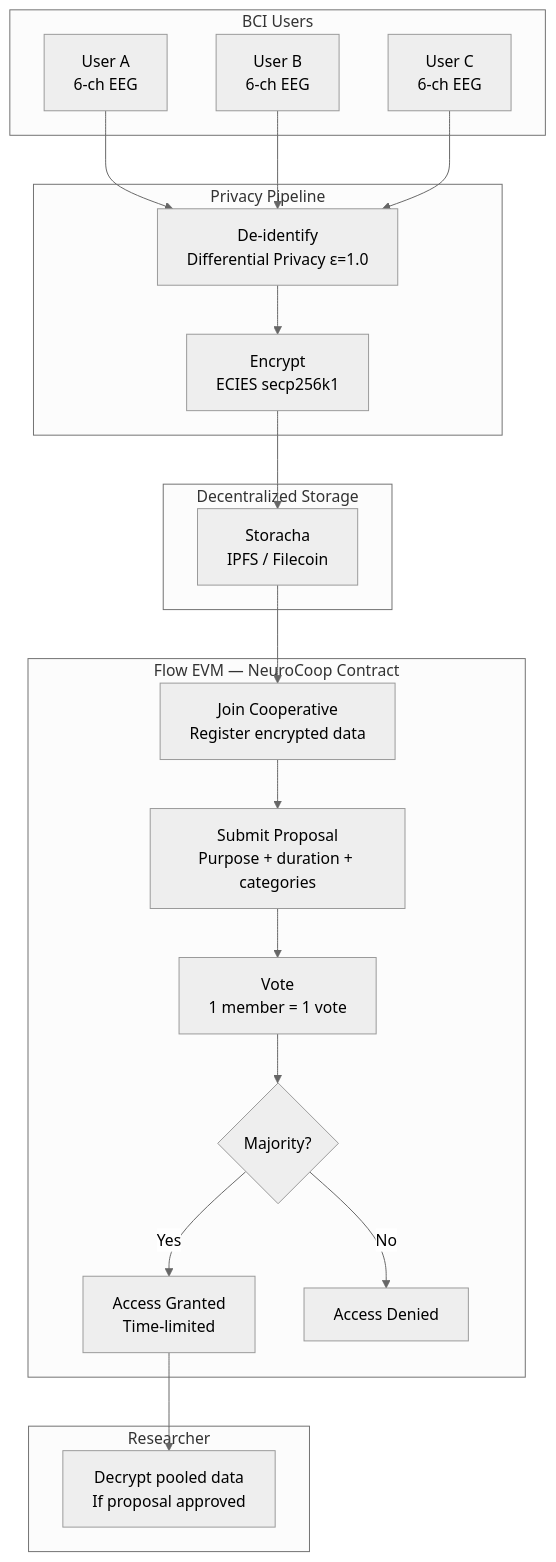
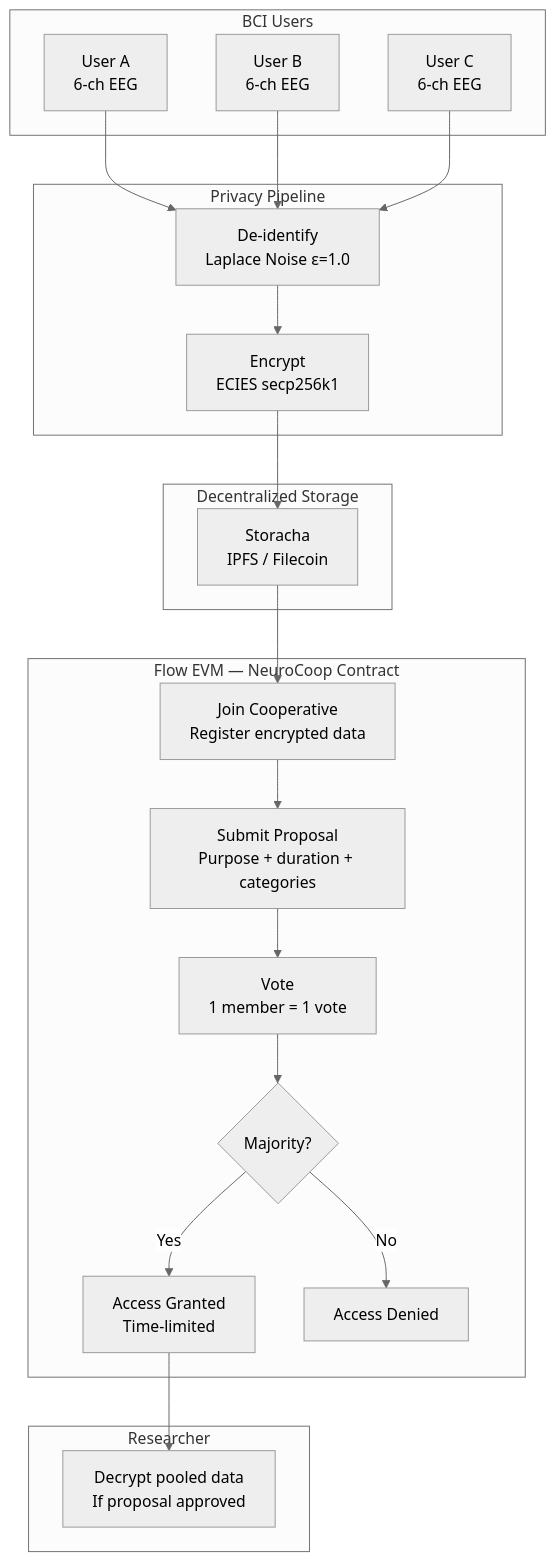
Before and after one commit to geeythree/NeuroCoop: the first of 2 diagrams in README.md, drawn with Mermaid (neutral theme). The commit also changed other lines of this file and 9 other files, not shown here.

````diff
--- a/README.md
+++ b/README.md
@@ -39,43 +39,43 @@
 ```mermaid
 graph TB
     subgraph "BCI Users"
         A[User A<br/>6-ch EEG]
         B[User B<br/>6-ch EEG]
         C[User C<br/>6-ch EEG]
     end
 
     subgraph "Privacy Pipeline"
-        D[De-identify<br/>Differential Privacy ε=1.0]
+        D[De-identify<br/>Laplace Noise ε=1.0]
         E[Encrypt<br/>ECIES secp256k1]
     end
 
     subgraph "Decentralized Storage"
         F[Storacha<br/>IPFS / Filecoin]
     end
 
     subgraph "Flow EVM — NeuroCoop Contract"
         G[Join Cooperative<br/>Register encrypted data]
         H[Submit Proposal<br/>Purpose + duration + categories]
         I[Vote<br/>1 member = 1 vote]
         J{Majority?}
         K[Access Granted<br/>Time-limited]
         L[Access Denied]
     end
 
     subgraph "Researcher"
         M[Decrypt pooled data<br/>If proposal approved]
     end
 
     A --> D
     B --> D
     C --> D
     D --> E
     E --> F
     F --> G
     G --> H
     H --> I
     I --> J
     J -->|Yes| K
     J -->|No| L
     K --> M
 ```
````
